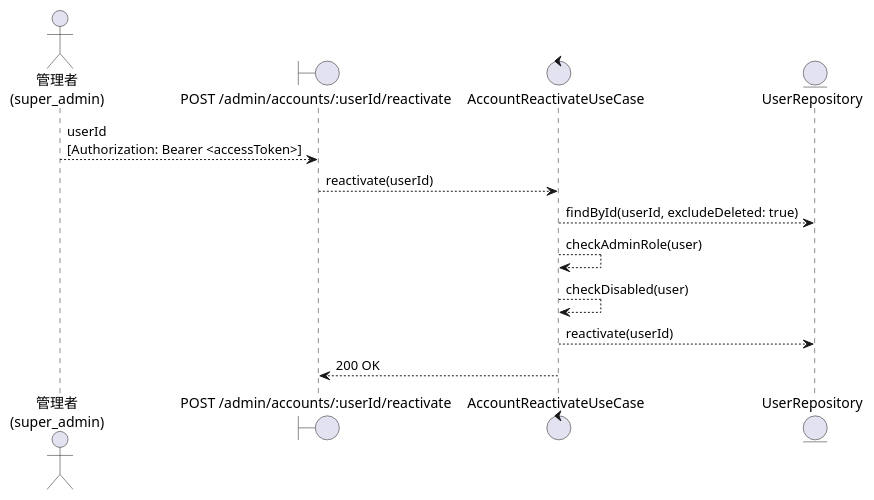
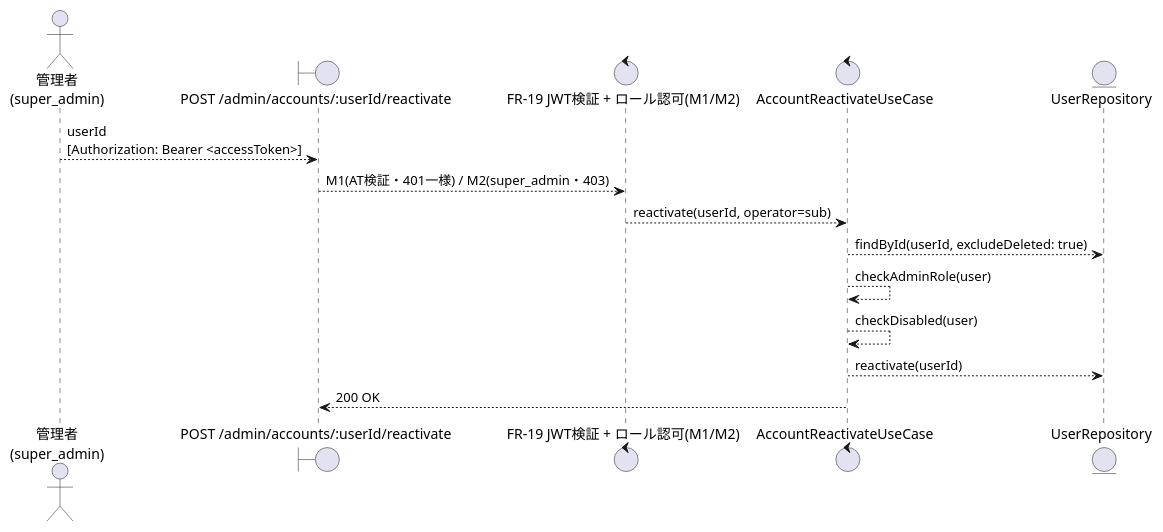
The first of 2 diagrams in .docs/design/buc/BUC-A05.md (suunet/POC_HYDRA_AUTH), drawn with PlantUML before and after one commit. The commit also changed other lines of this file and 4 other files, not shown here.

Commit message:
docs(T-020): cycle 1 - BUC-A04/A05是正(M1/M2認可・E1形式不正注記・CND-14稼働中super_admin述語・遷移元ガード・TOCTOU単一Tx・図追従)とUC-014/UC-015仕様起草

````diff
--- a/.docs/design/buc/BUC-A05.md
+++ b/.docs/design/buc/BUC-A05.md
@@ -66,24 +77,26 @@
 ```plantuml
 @startuml
 skinparam componentStyle rectangle
 skinparam backgroundColor White
 
 actor "管理者\n(super_admin)" as 管理者
 
 boundary "POST /admin/accounts/:userId/reactivate" as 再有効化API
+control "FR-19 JWT検証 + ロール認可(M1/M2)" as 認可MW
 control "AccountReactivateUseCase" as ユースケース
 entity "UserRepository" as ユーザーRepo
 
 管理者 --> 再有効化API : userId\n[Authorization: Bearer <accessToken>]
 
-再有効化API --> ユースケース : reactivate(userId)
+再有効化API --> 認可MW : M1(AT検証・401一様) / M2(super_admin・403)
+認可MW --> ユースケース : reactivate(userId, operator=sub)
 
 ユースケース --> ユーザーRepo : findById(userId, excludeDeleted: true)
 ユースケース --> ユースケース : checkAdminRole(user)
 ユースケース --> ユースケース : checkDisabled(user)
 ユースケース --> ユーザーRepo : reactivate(userId)
 
 再有効化API <-- ユースケース : 200 OK
 
 @enduml
 ```
````
